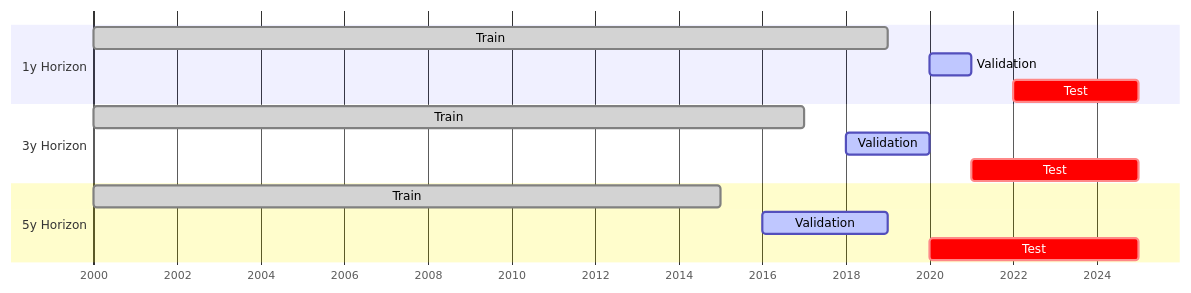
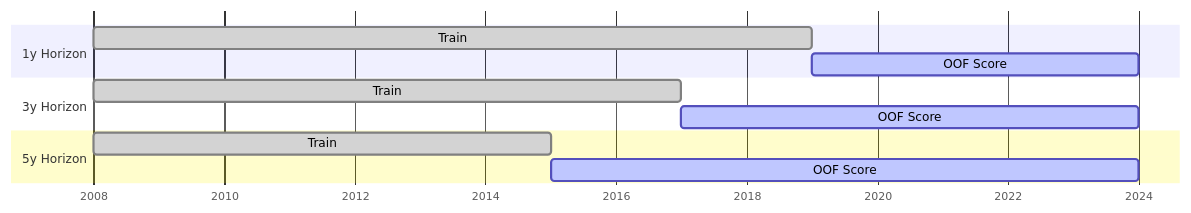
One commit to sherlock718/stock-fraud-screener changed the diagram in docs/methodology/backtesting.md. Above: the diagram before and after it, drawn with Mermaid. The commit also changed other lines of this file and 5 other files, not shown here.

````diff
--- a/docs/methodology/backtesting.md
+++ b/docs/methodology/backtesting.md
@@ -14,20 +15,17 @@
 ```mermaid
 gantt
     dateFormat YYYY
     axisFormat %Y
 
     section 1y Horizon
-    Train         :done, 2000, 2019
-    Validation    :active, 2020, 2021
-    Test          :crit, 2022, 2025
+    Train         :done, 2008, 2019
+    OOF Score     :active, 2019, 2024
 
     section 3y Horizon
-    Train         :done, 2000, 2017
-    Validation    :active, 2018, 2020
-    Test          :crit, 2021, 2025
+    Train         :done, 2008, 2017
+    OOF Score     :active, 2017, 2024
 
     section 5y Horizon
-    Train         :done, 2000, 2015
-    Validation    :active, 2016, 2019
-    Test          :crit, 2020, 2025
+    Train         :done, 2008, 2015
+    OOF Score     :active, 2015, 2024
 ```
````
